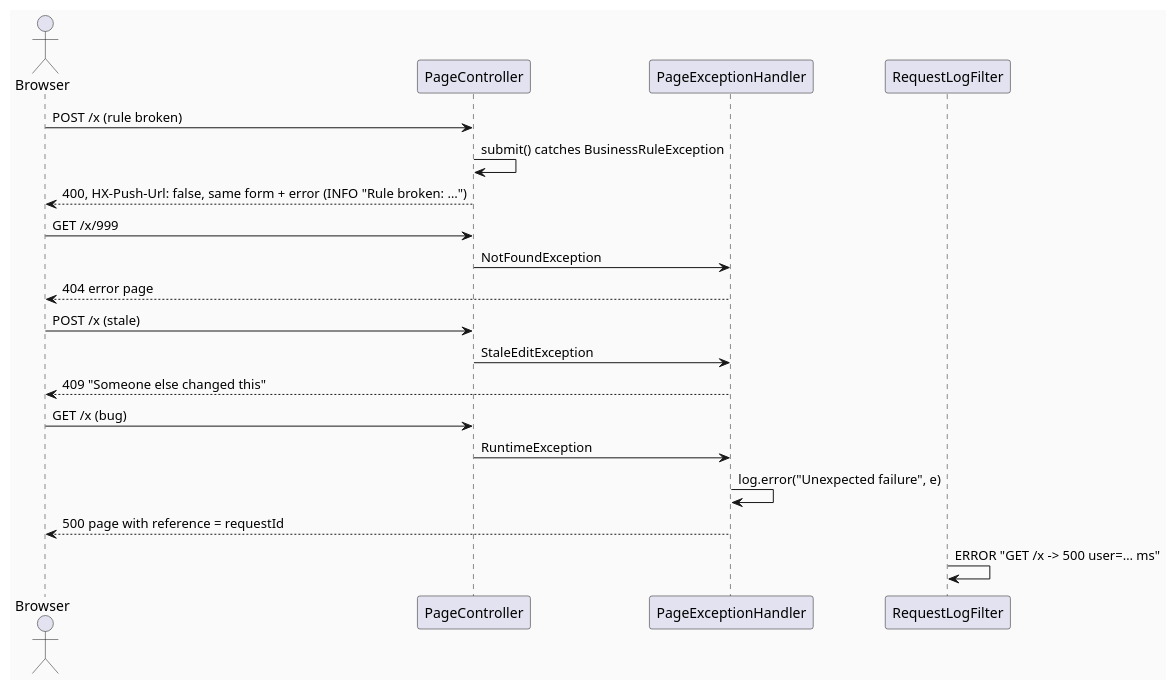
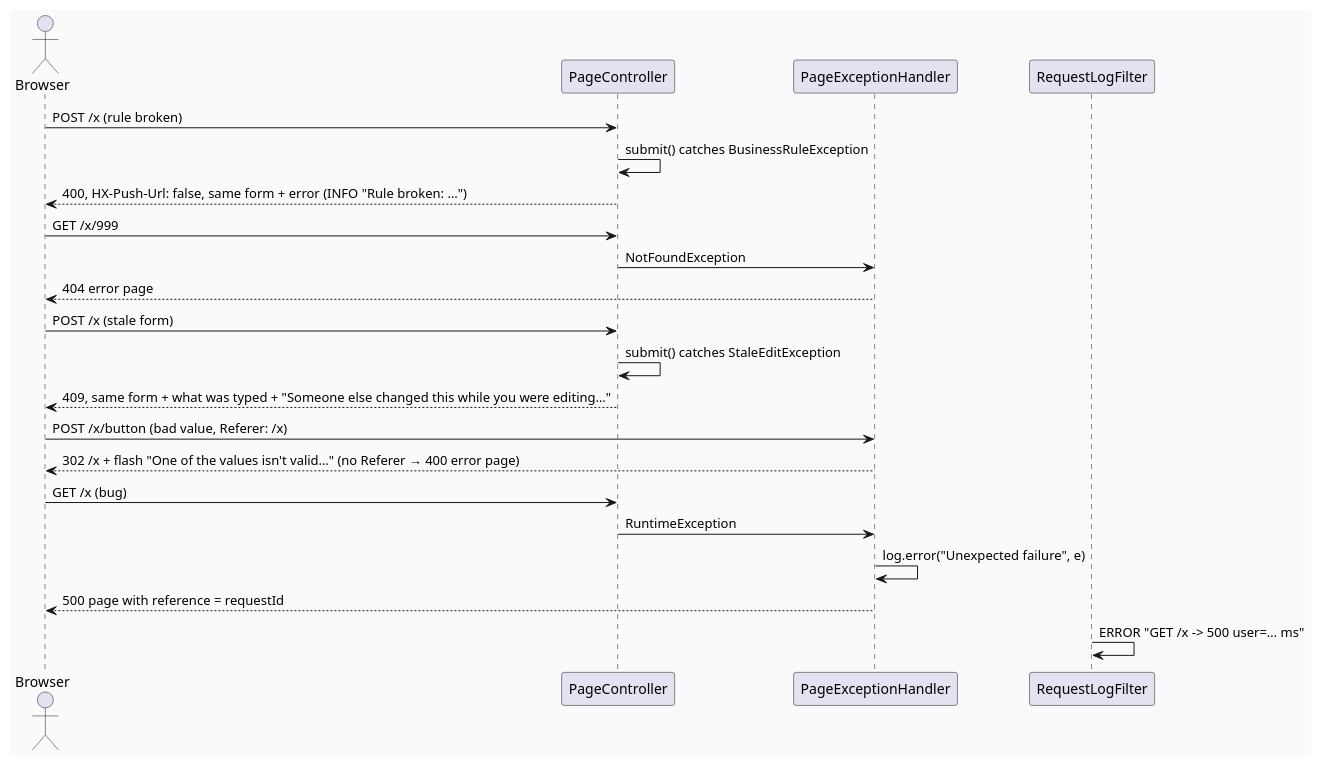
The third of 3 diagrams in 03_implement/STEELSIGHT-PLT-IMP-001_TDS.md (OwOchiii/steelsight_erp), drawn with PlantUML before and after one commit. The commit also changed other lines of this file and 50 other files, not shown here.

````diff
--- a/03_implement/STEELSIGHT-PLT-IMP-001_TDS.md
+++ b/03_implement/STEELSIGHT-PLT-IMP-001_TDS.md
@@ -280,24 +298,26 @@
 ```plantuml
 @startuml PLT_SequenceDiagram_ErrorPath
 skinparam backgroundColor #FAFAFA
 actor "Browser" as B
 participant "PageController" as C
 participant "PageExceptionHandler" as H
 participant "RequestLogFilter" as L
 
 B -> C : POST /x (rule broken)
 C -> C : submit() catches BusinessRuleException
 C --> B : 400, HX-Push-Url: false, same form + error (INFO "Rule broken: …")
 B -> C : GET /x/999
 C -> H : NotFoundException
 H --> B : 404 error page
-B -> C : POST /x (stale)
-C -> H : StaleEditException
-H --> B : 409 "Someone else changed this"
+B -> C : POST /x (stale form)
+C -> C : submit() catches StaleEditException
+C --> B : 409, same form + what was typed + "Someone else changed this while you were editing…"
+B -> H : POST /x/button (bad value, Referer: /x)
+H --> B : 302 /x + flash "One of the values isn't valid…" (no Referer → 400 error page)
 B -> C : GET /x (bug)
 C -> H : RuntimeException
 H -> H : log.error("Unexpected failure", e)
 H --> B : 500 page with reference = requestId
 L -> L : ERROR "GET /x -> 500 user=… ms"
 @enduml
 ```
````
